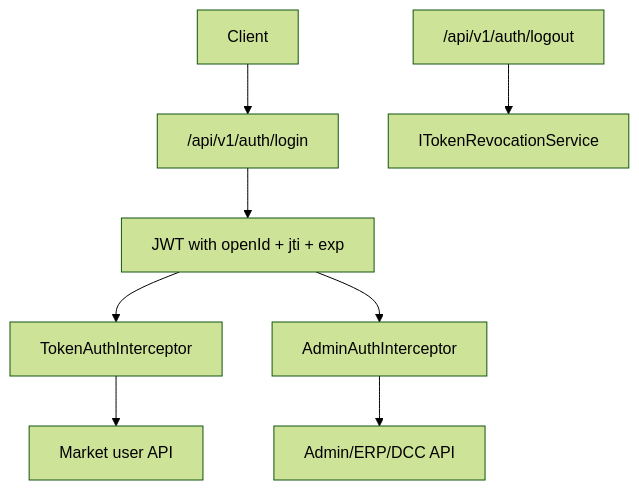
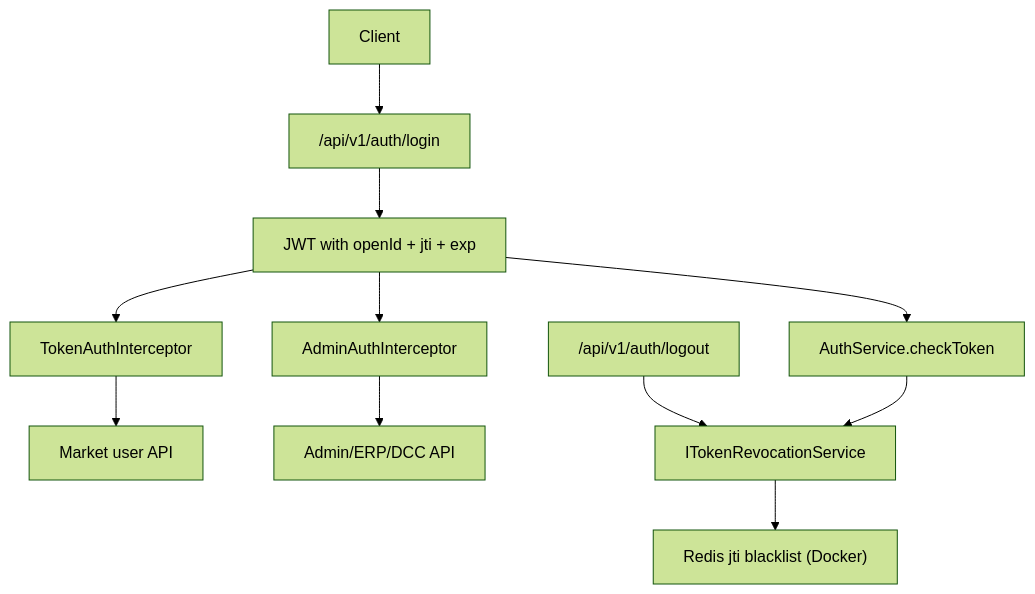
The diagram in docs/learning/05-authentication-and-authorization.md (dyxnb22/big-market-ai-platform), drawn with Mermaid (forest theme) before and after one commit. The commit also changed other lines of this file and 120 other files, not shown here.

````diff
--- a/docs/learning/05-authentication-and-authorization.md
+++ b/docs/learning/05-authentication-and-authorization.md
@@ -57,10 +75,13 @@
 ```mermaid
 flowchart TD
     Client["Client"] --> Login["/api/v1/auth/login"]
     Login --> Token["JWT with openId + jti + exp"]
     Token --> UserApi["TokenAuthInterceptor"]
     Token --> AdminApi["AdminAuthInterceptor"]
     UserApi --> Market["Market user API"]
     AdminApi --> Admin["Admin/ERP/DCC API"]
     Logout["/api/v1/auth/logout"] --> Revocation["ITokenRevocationService"]
+    Revocation --> Redis["Redis jti blacklist (Docker)"]
+    Token --> CheckRevoked["AuthService.checkToken"]
+    CheckRevoked --> Revocation
 ```
````
